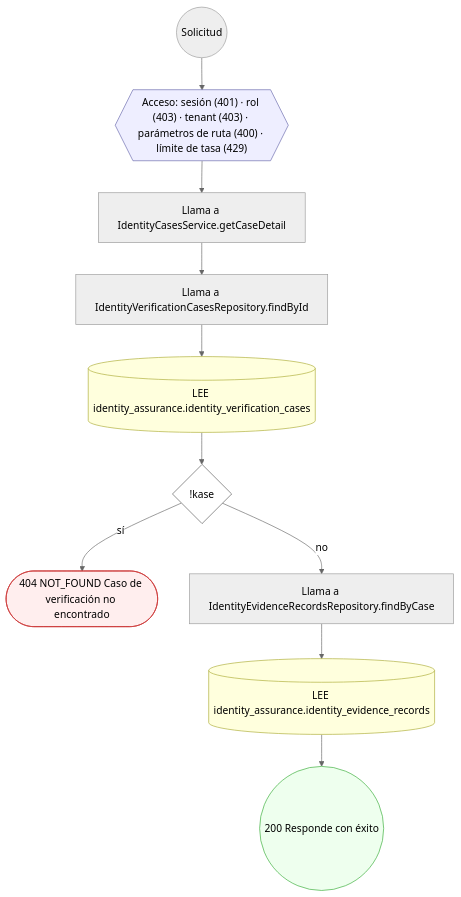
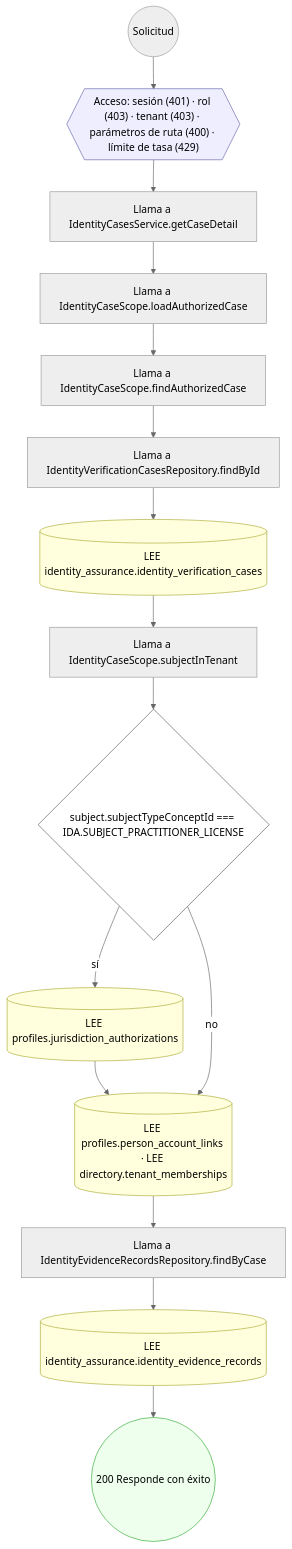
One commit to mdavila-2001/mantra-core-health-api changed diagram 16 of 27 in docs/inventario/flujos/identity_assurance.md. Above: the diagram before and after it, drawn with Mermaid (neutral theme). The commit also changed other lines of this file and 438 other files, not shown here.

````diff
--- a/docs/inventario/flujos/identity_assurance.md
+++ b/docs/inventario/flujos/identity_assurance.md
@@ -1491,28 +1734,37 @@
 ```mermaid
 flowchart TD
   n1(("Solicitud")):::inicio
   n2{{"Acceso: sesión (401) · rol (403) · tenant (403) · parámetros de ruta (400) · límite de tasa (429)"}}:::acceso
   n1 --> n2
   n3["Llama a IdentityCasesService.getCaseDetail"]:::llamada
   n2 --> n3
-  n4["Llama a IdentityVerificationCasesRepository.findById"]:::llamada
+  n4["Llama a IdentityCaseScope.loadAuthorizedCase"]:::llamada
   n3 --> n4
-  n5[("LEE identity_assurance.identity_verification_cases")]:::efecto
+  n5["Llama a IdentityCaseScope.findAuthorizedCase"]:::llamada
   n4 --> n5
-  n6{"!kase"}:::decision
+  n6["Llama a IdentityVerificationCasesRepository.findById"]:::llamada
   n5 --> n6
-  n7(["404 NOT_FOUND Caso de verificación no encontrado"]):::error
-  n6 -->|"sí"| n7
-  n8["Llama a IdentityEvidenceRecordsRepository.findByCase"]:::llamada
-  n6 -->|"no"| n8
-  n9[("LEE identity_assurance.identity_evidence_records")]:::efecto
+  n7[("LEE identity_assurance.identity_verification_cases")]:::efecto
+  n6 --> n7
+  n8["Llama a IdentityCaseScope.subjectInTenant"]:::llamada
+  n7 --> n8
+  n9{"subject.subjectTypeConceptId === IDA.SUBJECT_PRACTITIONER_LICENSE"}:::decision
   n8 --> n9
-  n10(("200 Responde con éxito")):::ok
-  n9 --> n10
+  n10[("LEE profiles.jurisdiction_authorizations")]:::efecto
+  n9 -->|"sí"| n10
+  n11[("LEE profiles.person_account_links · LEE directory.tenant_memberships")]:::efecto
+  n10 --> n11
+  n9 -->|"no"| n11
+  n12["Llama a IdentityEvidenceRecordsRepository.findByCase"]:::llamada
+  n11 --> n12
+  n13[("LEE identity_assurance.identity_evidence_records")]:::efecto
+  n12 --> n13
+  n14(("200 Responde con éxito")):::ok
+  n13 --> n14
   classDef acceso fill:#eef,stroke:#66a
   classDef error fill:#fee,stroke:#c33
   classDef ok fill:#efe,stroke:#3a3
   classDef efecto fill:#ffd,stroke:#aa3
   classDef decision fill:#fff,stroke:#555
   classDef corte fill:#eee,stroke:#999,stroke-dasharray: 4
 ```
````
